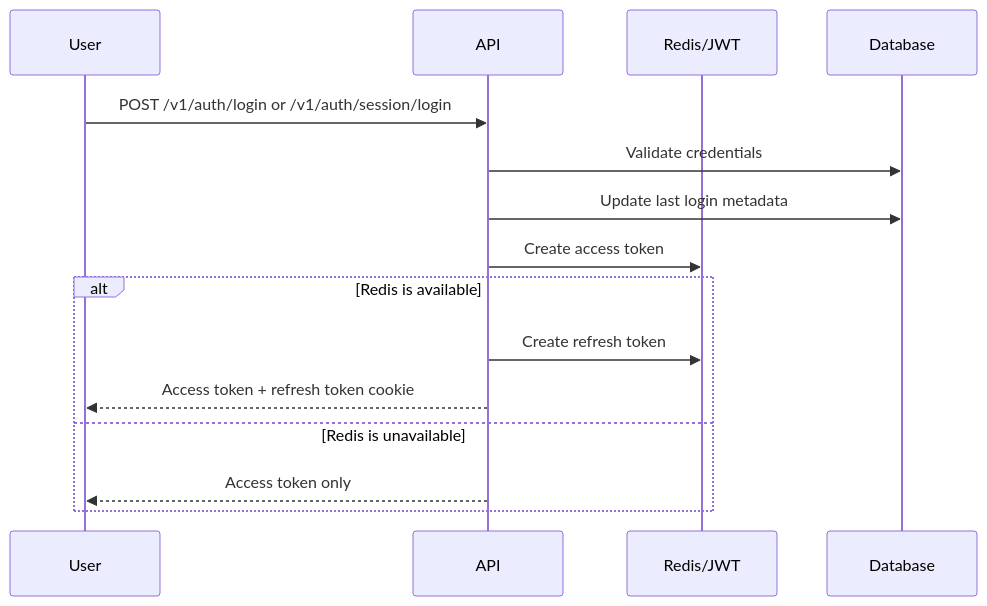
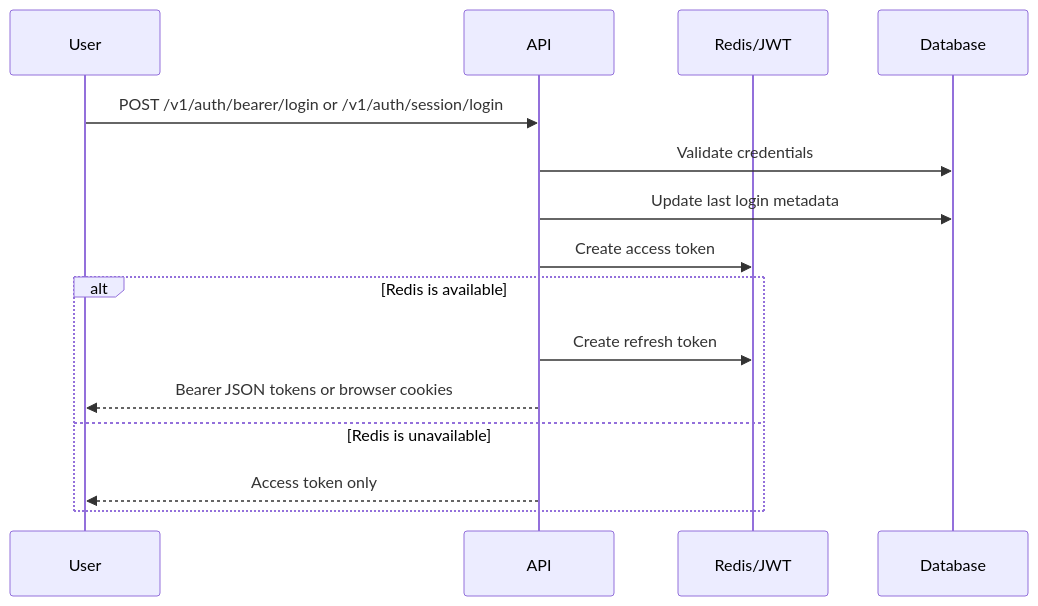
The first of 2 diagrams in docs/src/content/docs/architecture/auth.mdx (CMLPlatform/relab), drawn with Mermaid before and after one commit. The commit also changed other lines of this file and 1 other file, not shown here.

Commit message:
docs(auth): document bearer and session auth endpoints

````diff
--- a/docs/src/content/docs/architecture/auth.mdx
+++ b/docs/src/content/docs/architecture/auth.mdx
@@ -46,18 +46,18 @@
 ```mermaid
 sequenceDiagram
     participant User
     participant API
     participant TokenStore as Redis/JWT
     participant DB as Database
 
-    User->>API: POST /v1/auth/login or /v1/auth/session/login
+    User->>API: POST /v1/auth/bearer/login or /v1/auth/session/login
     API->>DB: Validate credentials
     API->>DB: Update last login metadata
     API->>TokenStore: Create access token
     alt Redis is available
         API->>TokenStore: Create refresh token
-        API-->>User: Access token + refresh token cookie
+        API-->>User: Bearer JSON tokens or browser cookies
     else Redis is unavailable
         API-->>User: Access token only
     end
 ```
````
